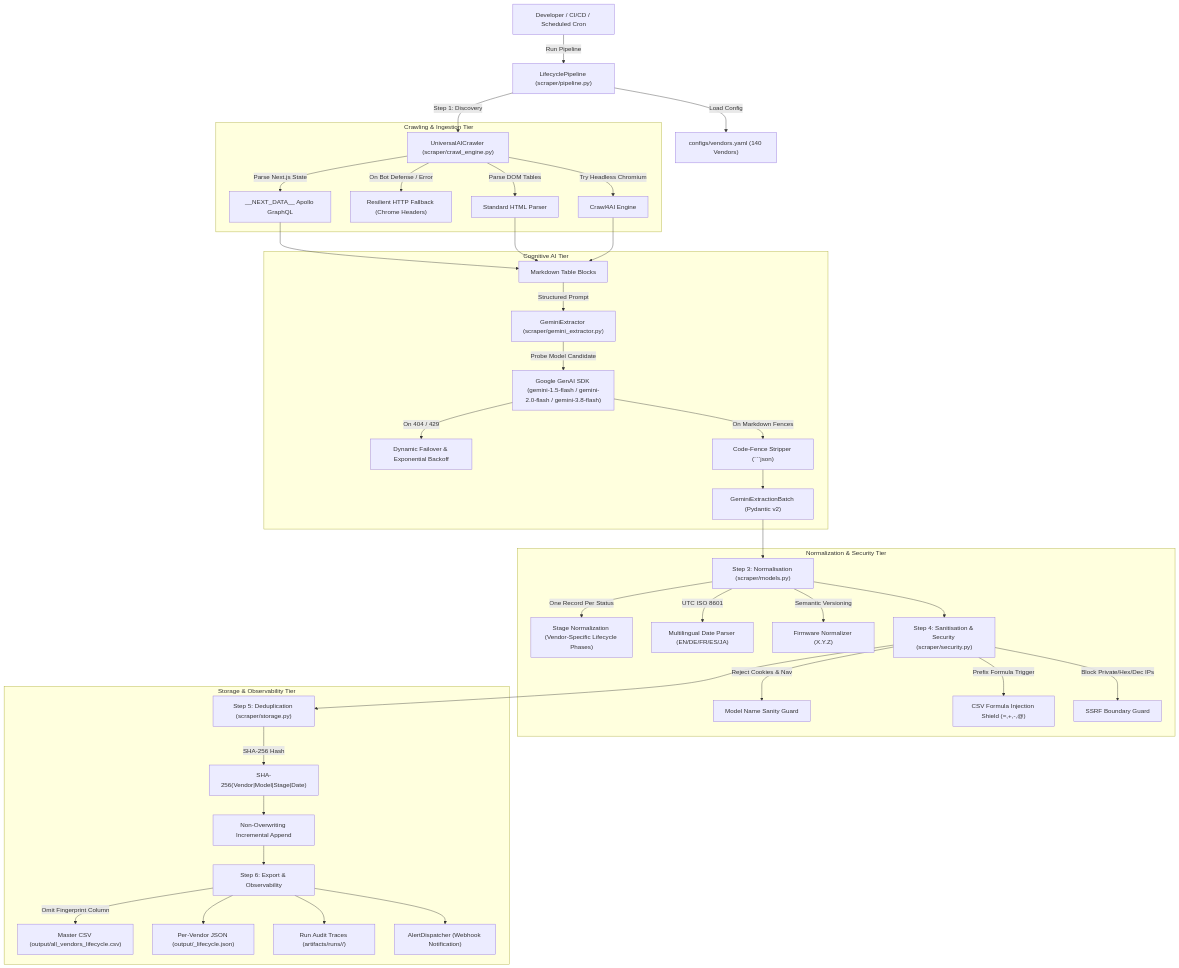
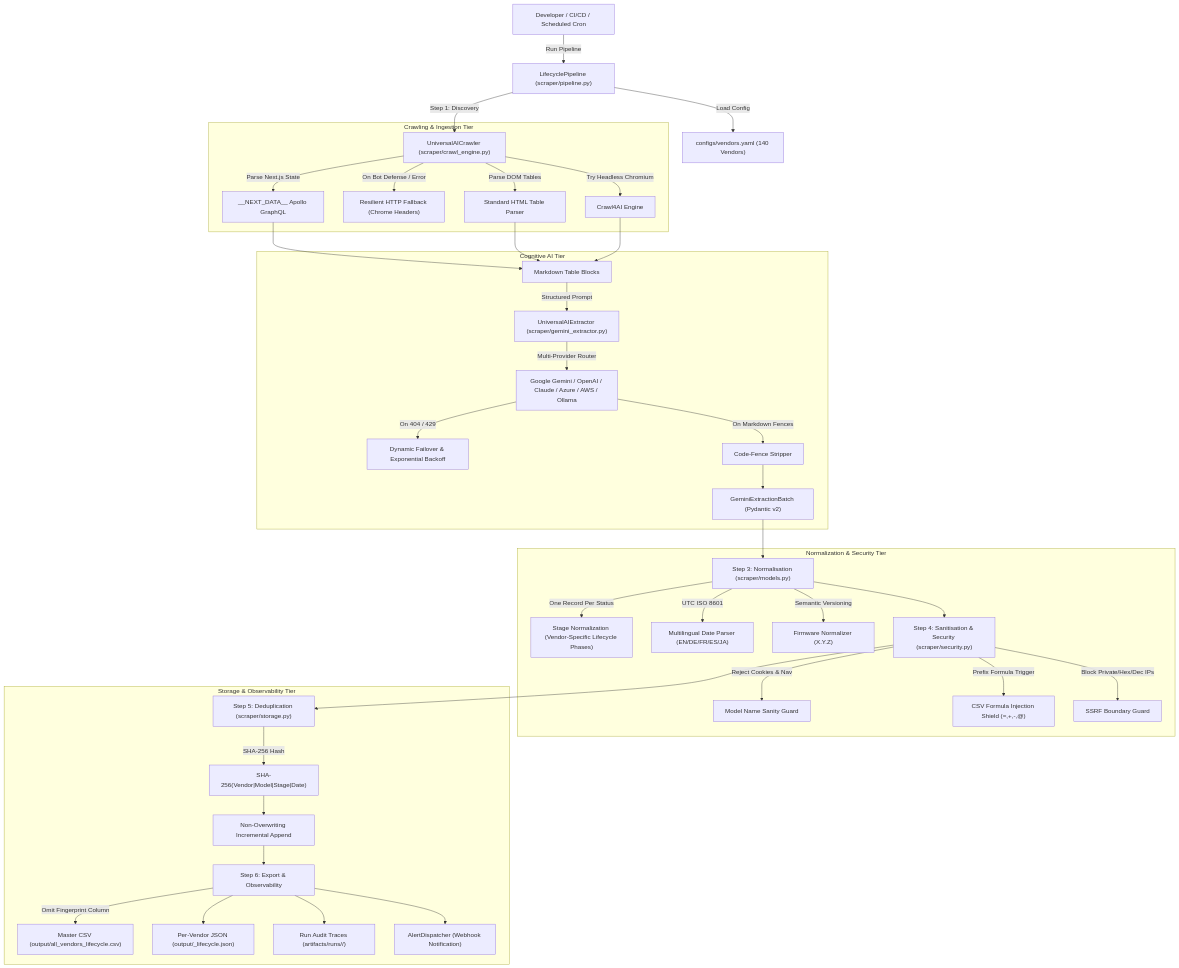
Before and after one commit to CHIRAG3899/universal-product-lifecycle-scraper: the diagram in docs/ai/AI_HARNESS.md, drawn with Mermaid. The commit also changed other lines of this file and 23 other files, not shown here.

````diff
--- a/docs/ai/AI_HARNESS.md
+++ b/docs/ai/AI_HARNESS.md
@@ -13,46 +13,46 @@
 ```mermaid
 graph TD
     User["Developer / CI/CD / Scheduled Cron"] -->|"Run Pipeline"| Pipeline["LifecyclePipeline (scraper/pipeline.py)"]
     Pipeline -->|"Load Config"| Config["configs/vendors.yaml (140 Vendors)"]
     Pipeline -->|"Step 1: Discovery"| Crawler["UniversalAICrawler (scraper/crawl_engine.py)"]
     
-    subgraph "Crawling & Ingestion Tier"
+    subgraph T1 ["Crawling & Ingestion Tier"]
         Crawler -->|"Try Headless Chromium"| C4AI["Crawl4AI Engine"]
         Crawler -->|"On Bot Defense / Error"| HTTPFall["Resilient HTTP Fallback (Chrome Headers)"]
         Crawler -->|"Parse Next.js State"| Apollo["__NEXT_DATA__ Apollo GraphQL"]
-        Crawler -->|"Parse DOM Tables"| HTMLTable["Standard HTML <table> Parser"]
+        Crawler -->|"Parse DOM Tables"| HTMLTable["Standard HTML Table Parser"]
     end
 
-    subgraph "Cognitive AI Tier"
+    subgraph T2 ["Cognitive AI Tier"]
         Apollo --> ExtractBlock["Markdown Table Blocks"]
         HTMLTable --> ExtractBlock
         C4AI --> ExtractBlock
-        ExtractBlock -->|"Structured Prompt"| Gemini["GeminiExtractor (scraper/gemini_extractor.py)"]
-        Gemini -->|"Probe Model Candidate"| GenAI["Google GenAI SDK (gemini-1.5-flash / gemini-2.0-flash / gemini-3.8-flash)"]
-        GenAI -->|"On 404 / 429"| ModelFallback["Dynamic Failover & Exponential Backoff"]
-        GenAI -->|"On Markdown Fences"| StripFence["Code-Fence Stripper (```json)"]
+        ExtractBlock -->|"Structured Prompt"| Extractor["UniversalAIExtractor (scraper/gemini_extractor.py)"]
+        Extractor -->|"Multi-Provider Router"| Providers["Google Gemini / OpenAI / Claude / Azure / AWS / Ollama"]
+        Providers -->|"On 404 / 429"| ModelFallback["Dynamic Failover & Exponential Backoff"]
+        Providers -->|"On Markdown Fences"| StripFence["Code-Fence Stripper"]
         StripFence --> Batch["GeminiExtractionBatch (Pydantic v2)"]
     end
 
-    subgraph "Normalization & Security Tier"
+    subgraph T3 ["Normalization & Security Tier"]
         Batch --> Norm["Step 3: Normalisation (scraper/models.py)"]
         Norm -->|"One Record Per Status"| Explode["Stage Normalization (Vendor-Specific Lifecycle Phases)"]
         Norm -->|"UTC ISO 8601"| DateParser["Multilingual Date Parser (EN/DE/FR/ES/JA)"]
         Norm -->|"Semantic Versioning"| FWNorm["Firmware Normalizer (X.Y.Z)"]
         Norm --> Sec["Step 4: Sanitisation & Security (scraper/security.py)"]
         Sec -->|"Reject Cookies & Nav"| Sanity["Model Name Sanity Guard"]
         Sec -->|"Prefix Formula Trigger"| CSVGuard["CSV Formula Injection Shield (=,+,-,@)"]
         Sec -->|"Block Private/Hex/Dec IPs"| SSRF["SSRF Boundary Guard"]
     end
 
-    subgraph "Storage & Observability Tier"
+    subgraph T4 ["Storage & Observability Tier"]
         Sec --> Dedup["Step 5: Deduplication (scraper/storage.py)"]
         Dedup -->|"SHA-256 Hash"| Fingerprint["SHA-256(Vendor|Model|Stage|Date)"]
         Fingerprint --> Merge["Non-Overwriting Incremental Append"]
         Merge --> Export["Step 6: Export & Observability"]
         Export -->|"Omit Fingerprint Column"| MasterCSV["Master CSV (output/all_vendors_lifecycle.csv)"]
         Export --> PerVendorJSON["Per-Vendor JSON (output/<vendor>_lifecycle.json)"]
         Export --> Artifacts["Run Audit Traces (artifacts/runs/<run_id>/)"]
         Export --> Alert["AlertDispatcher (Webhook Notification)"]
     end
 ```
````
